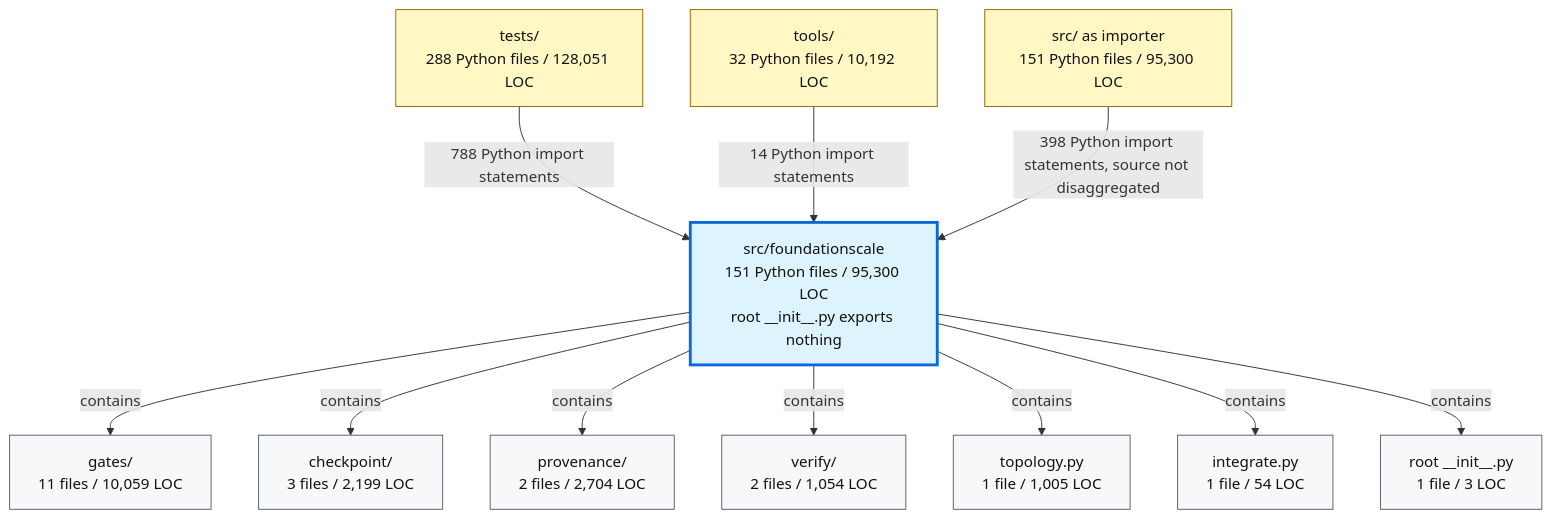
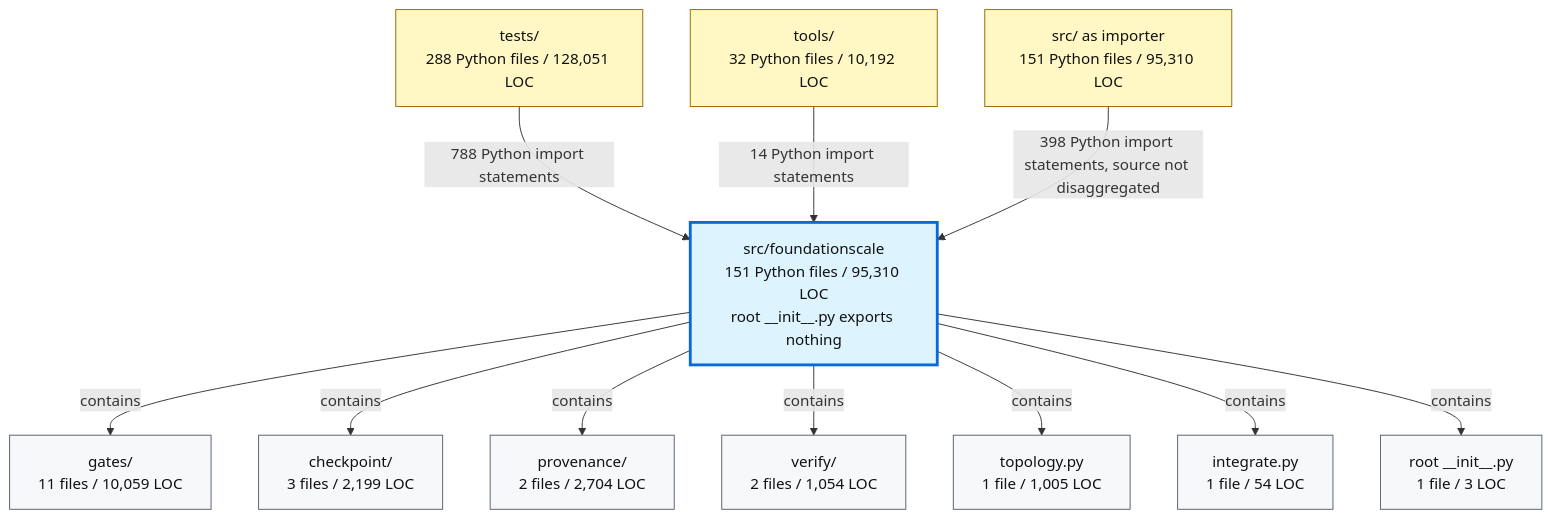
The second of 2 diagrams in docs/review/D2_current_architecture.md (TranNhiem/FoundationScale), drawn with Mermaid before and after one commit. The commit also changed other lines of this file and 10 other files, not shown here.

````diff
--- a/docs/review/D2_current_architecture.md
+++ b/docs/review/D2_current_architecture.md
@@ -97,36 +97,36 @@
 ```mermaid
 flowchart TB
   TESTS["tests/<br/>288 Python files / 128,051 LOC"]
   TOOLS["tools/<br/>32 Python files / 10,192 LOC"]
-  SRC["src/ as importer<br/>151 Python files / 95,300 LOC"]
+  SRC["src/ as importer<br/>151 Python files / 95,310 LOC"]
 
-  FS["src/foundationscale<br/>151 Python files / 95,300 LOC<br/>root __init__.py exports nothing"]
+  FS["src/foundationscale<br/>151 Python files / 95,310 LOC<br/>root __init__.py exports nothing"]
 
   GATES["gates/<br/>11 files / 10,059 LOC"]
   CKPT["checkpoint/<br/>3 files / 2,199 LOC"]
   PROV["provenance/<br/>2 files / 2,704 LOC"]
   VERIFY["verify/<br/>2 files / 1,054 LOC"]
   TOPO["topology.py<br/>1 file / 1,005 LOC"]
   INTEG["integrate.py<br/>1 file / 54 LOC"]
   ROOT["root __init__.py<br/>1 file / 3 LOC"]
 
   TESTS -->|"788 Python import statements"| FS
   TOOLS -->|"14 Python import statements"| FS
   SRC -->|"398 Python import statements, source not disaggregated"| FS
 
   FS -->|"contains"| GATES
   FS -->|"contains"| CKPT
   FS -->|"contains"| PROV
   FS -->|"contains"| VERIFY
   FS -->|"contains"| TOPO
   FS -->|"contains"| INTEG
   FS -->|"contains"| ROOT
 
   classDef consumer fill:#fff8c5,stroke:#9a6700,color:#111;
   classDef package fill:#ddf4ff,stroke:#0969da,stroke-width:3px,color:#111;
   classDef module fill:#f6f8fa,stroke:#57606a,color:#111;
 
   class TESTS,TOOLS,SRC consumer;
   class FS package;
   class GATES,CKPT,PROV,VERIFY,TOPO,INTEG,ROOT module;
 ```
````
